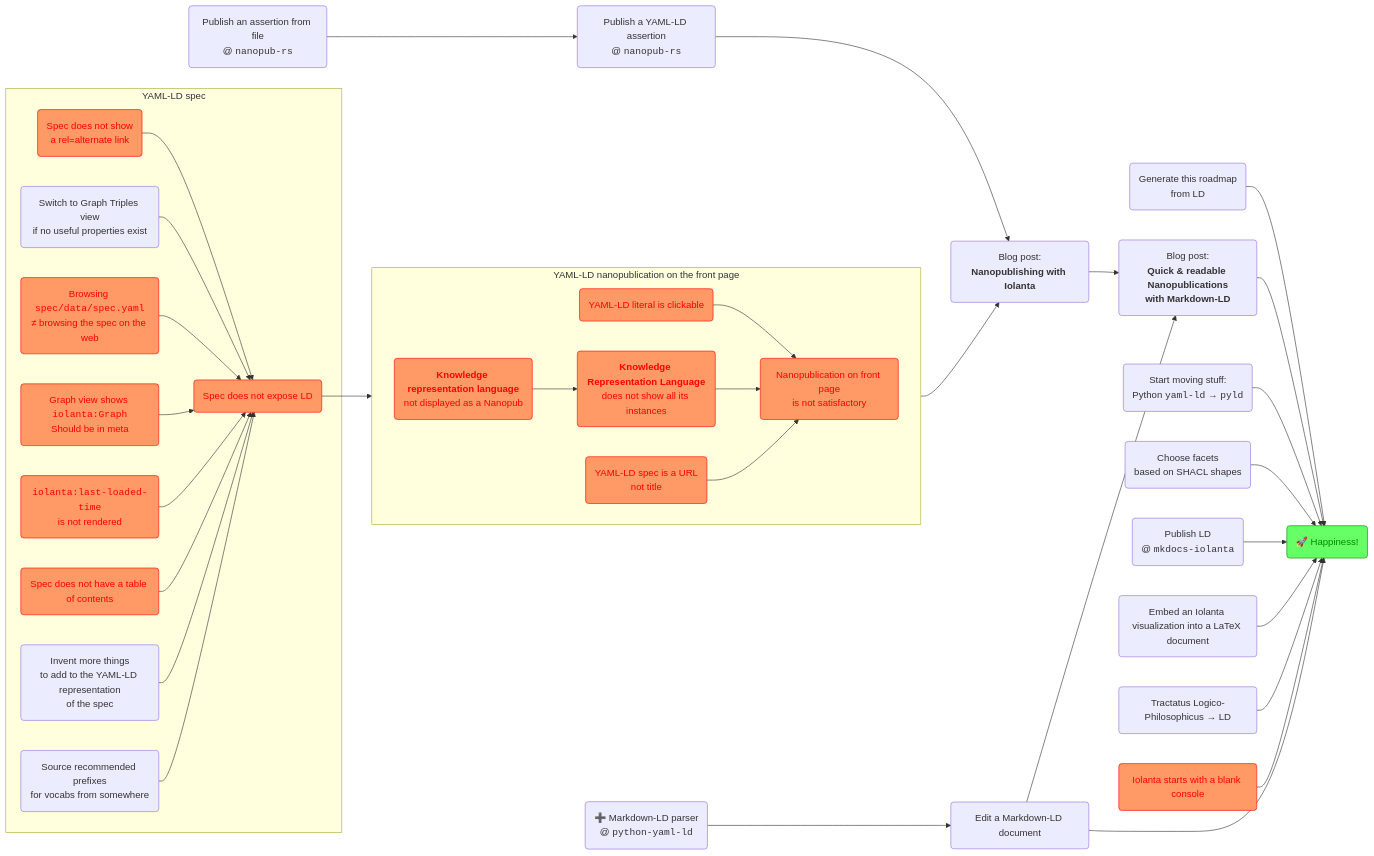
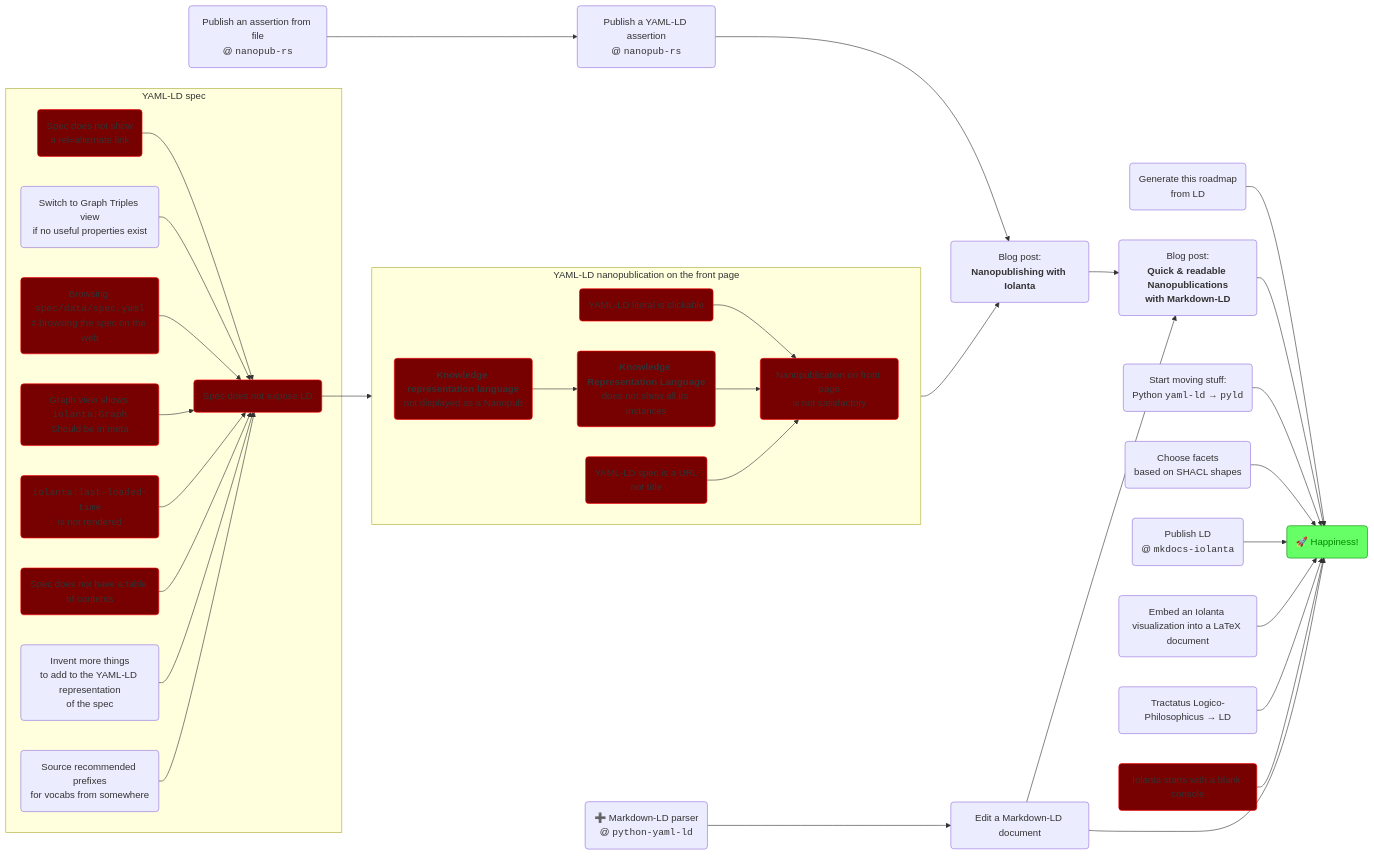
One commit to iolanta-tech/iolanta changed the diagram in docs/roadmap.md. Above: the diagram before and after it, drawn with Mermaid.

Commit message:
UPdate colors on the roadmap

````diff
--- a/docs/roadmap.md
+++ b/docs/roadmap.md
@@ -15,74 +15,74 @@
 ```mermaid
 graph LR
     happiness("🚀 Happiness!")
     classDef happiness fill:#6f6,color:#080,stroke:#080,stroke-width:1px;
     class happiness happiness
     
     generate-roadmap("Generate this roadmap<br/>from LD") --> happiness
     
     nanopub-blog-post("Blog post:<br/><strong>Nanopublishing with Iolanta</strong>") --> markdown-nanopub-blog-post("Blog post:<br/><strong>Quick & readable Nanopublications<br/>with Markdown-LD") --> happiness
     
     nanopub-rs-graph("Publish an assertion from file<br/>@ <code>nanopub-rs</code>") --> nanopub-yaml-ld("Publish a YAML-LD assertion<br/>@ <code>nanopub-rs</code>") --> nanopub-blog-post
     
     plan-yaml-ld-to-pyld("Start moving stuff:<br/>Python <code>yaml-ld</code> → <code>pyld</code>") --> happiness
     
     shacl("Choose facets<br/>based on SHACL shapes") --> happiness
     publish-with-mkdocs("Publish LD<br/>@ <code>mkdocs-iolanta</code>") --> happiness
     
     tex("Embed an Iolanta visualization into a LaTeX document") --> happiness
     tractatus("Tractatus Logico-Philosophicus → LD") --> happiness
     
     starts-from-console("Iolanta starts with a blank console") --> happiness
     class starts-from-console bug
     
     subgraph "YAML-LD nanopublication on the front page"
         direction LR
         nanopublication-is-not-satisfactory("Nanopublication on front page<br/>is not satisfactory")
         class nanopublication-is-not-satisfactory bug
         
         literal-clickable("YAML-LD literal is clickable") --> nanopublication-is-not-satisfactory
         click literal-clickable "https://github.com/iolanta-tech/iolanta/issues/260"
         class literal-clickable bug
         
         fip-term-messy("<strong>Knowledge representation language</strong><br/>not displayed as a Nanopub") --> fip-term-instances("<strong>Knowledge Representation Language</strong><br/>does not show all its instances") --> nanopublication-is-not-satisfactory
         class fip-term-messy bug
         class fip-term-instances bug
         
         spec("YAML-LD spec is a URL<br/>not title") --> nanopublication-is-not-satisfactory
         class spec bug
     end
     
     subgraph "YAML-LD spec"
         spec-not-ld("Spec does not expose LD") --> spec
         class spec-not-ld bug
 
         rel-alternate("Spec does not show<br/>a rel=alternate link") --> spec-not-ld
         class rel-alternate bug
         
         switch-to-graph("Switch to Graph Triples view<br/>if no useful properties exist") --> spec-not-ld
         
         mismatch("Browsing <code>spec/data/spec.yaml</code><br/>≠ browsing the spec on the web") --> spec-not-ld
         class mismatch bug
 
         gig("Graph view shows <code>iolanta:Graph</code><br/>Should be in meta") --> spec-not-ld
         class gig bug
         
         last-loaded-time("<code>iolanta:last-loaded-time</code><br/>is not rendered") --> spec-not-ld
         class last-loaded-time bug
         
         spec-toc("Spec does not have a table of contents") --> spec-not-ld
         class spec-toc bug
         
         more("Invent more things<br/>to add to the YAML-LD representation<br/>of the spec") --> spec-not-ld
         
         prefixes("Source recommended prefixes<br/>for vocabs from somewhere") --> spec-not-ld
     end
     
     nanopublication-is-not-satisfactory --> nanopub-blog-post
     
     python-yaml-ld-markdown-ld("➕ Markdown-LD parser<br/>@ <code>python-yaml-ld</code>") --> markdown-ld("Edit a Markdown-LD document") --> markdown-nanopub-blog-post
     click markdown-ld "https://github.com/iolanta-tech/iolanta/issues/261"
     markdown-ld --> happiness
         
-    classDef bug fill:#f96,color:#f00,stroke:#f00,stroke-width:1px;
+    classDef bug fill:#700,stroke:#f00,stroke-width:1px;
 ```
````
